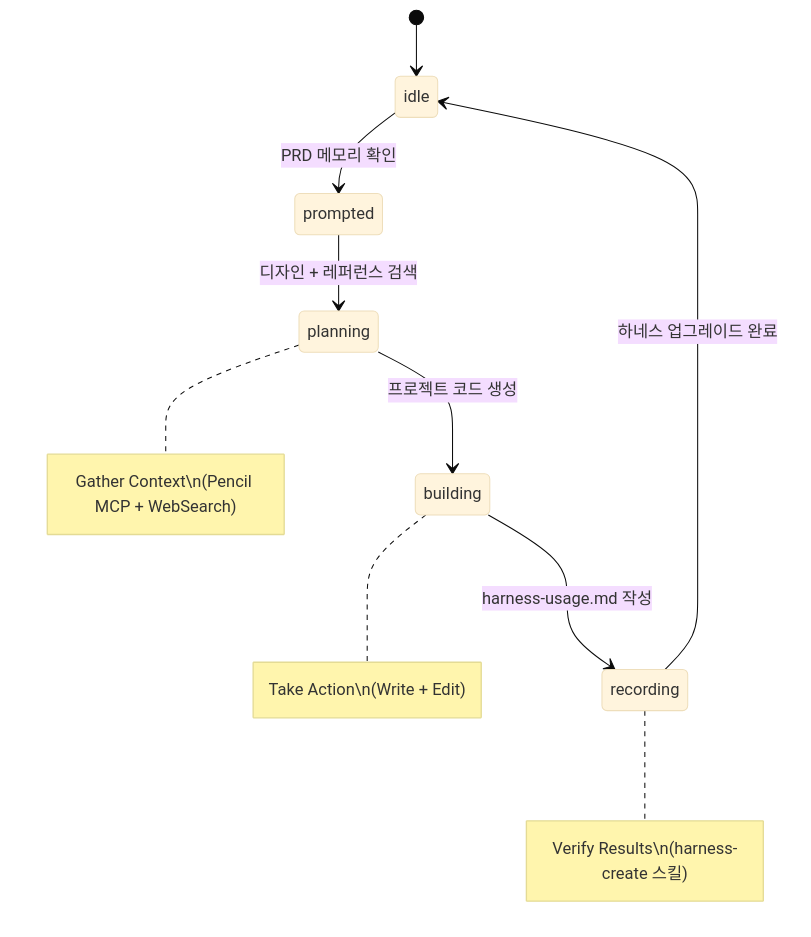
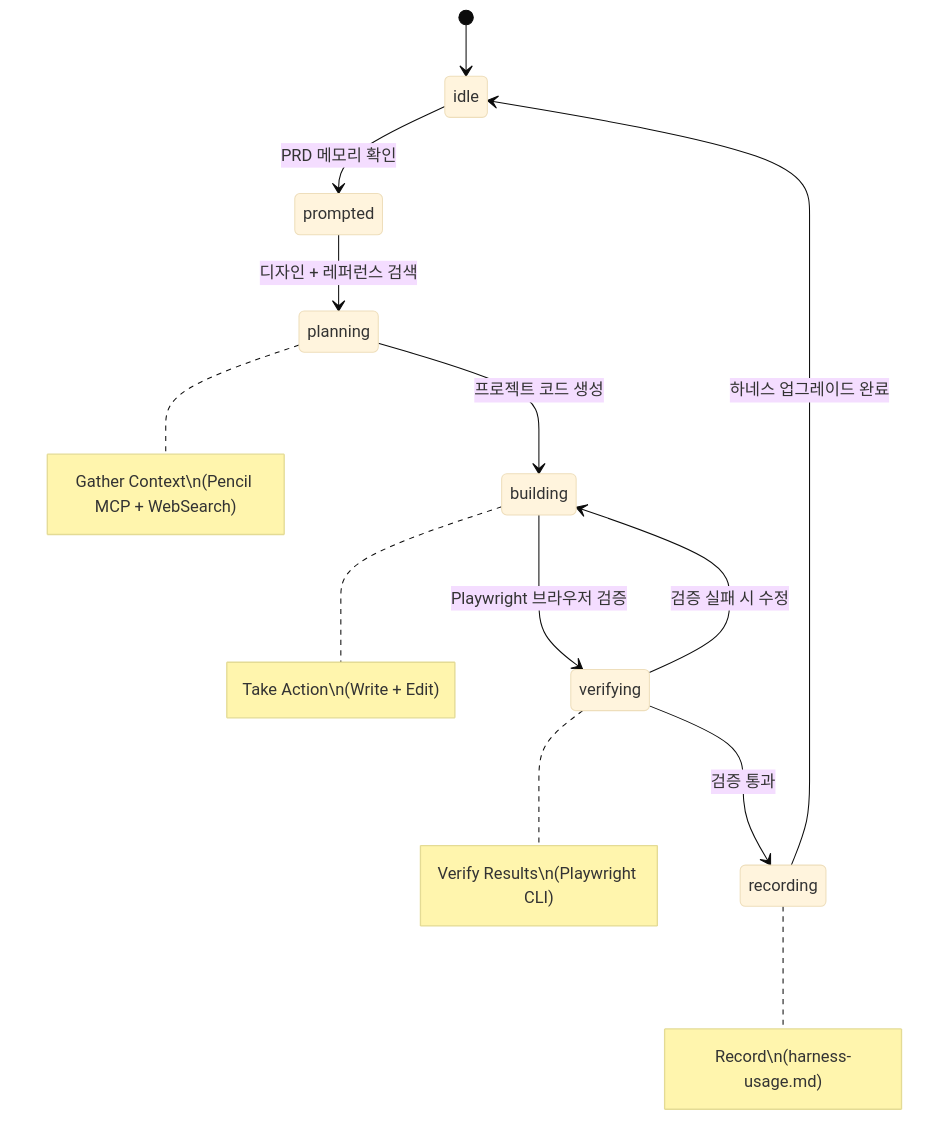
One commit to psmon/harness-claude-code changed the diagram in engine/project-creation-workflow.md. Above: the diagram before and after it, drawn with Mermaid (base theme). The commit also changed other lines of this file and 11 other files, not shown here.

Commit message:
v0.0.5 - Playwright 검증 워크플로우 추가

````diff
--- a/engine/project-creation-workflow.md
+++ b/engine/project-creation-workflow.md
@@ -12,13 +12,16 @@
 ```mermaid
 stateDiagram-v2
     [*] --> idle
     idle --> prompted: PRD 메모리 확인
     prompted --> planning: 디자인 + 레퍼런스 검색
     planning --> building: 프로젝트 코드 생성
-    building --> recording: harness-usage.md 작성
+    building --> verifying: Playwright 브라우저 검증
+    verifying --> building: 검증 실패 시 수정
+    verifying --> recording: 검증 통과
     recording --> idle: 하네스 업그레이드 완료
 
     note right of planning: Gather Context\n(Pencil MCP + WebSearch)
     note right of building: Take Action\n(Write + Edit)
-    note right of recording: Verify Results\n(harness-create 스킬)
+    note right of verifying: Verify Results\n(Playwright CLI)
+    note right of recording: Record\n(harness-usage.md)
 ```
````
